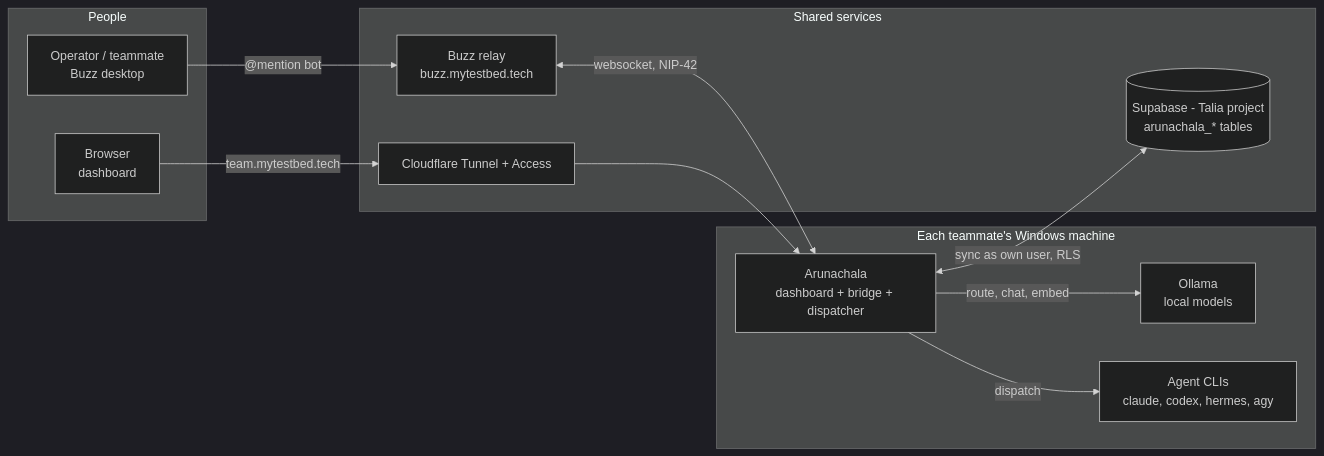
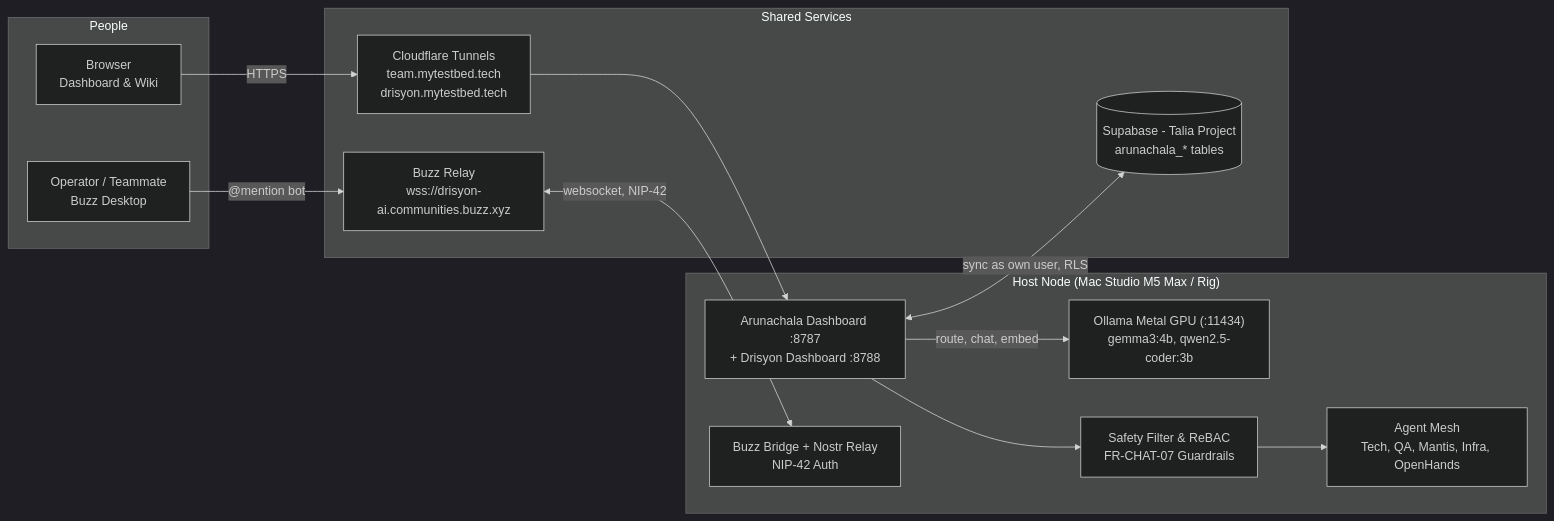
One commit to tnmurthy/fuzzy-octo-eureka changed the first of 8 diagrams in docs/HLD.md. Above: the diagram before and after it, drawn with Mermaid (dark theme). The commit also changed other lines of this file and 10 other files, not shown here.

Commit message:
feat: implement local TASKS fallback, ReBAC security expansion, risky dispatch safety filter, and doc reconciliation

````diff
--- a/docs/HLD.md
+++ b/docs/HLD.md
@@ -17,26 +17,28 @@
 ```mermaid
 flowchart LR
     subgraph People
-        OP["Operator / teammate<br/>Buzz desktop"]
-        BR["Browser<br/>dashboard"]
+        OP["Operator / Teammate<br/>Buzz Desktop"]
+        BR["Browser<br/>Dashboard & Wiki"]
     end
 
-    subgraph Laptop["Each teammate's Windows machine"]
-        ARU["Arunachala<br/>dashboard + bridge + dispatcher"]
-        LLM["Ollama<br/>local models"]
-        AG["Agent CLIs<br/>claude, codex, hermes, agy"]
+    subgraph Host["Host Node (Mac Studio M5 Max / Rig)"]
+        ARU["Arunachala Dashboard :8787<br/>+ Drisyon Dashboard :8788"]
+        BRG["Buzz Bridge + Nostr Relay<br/>NIP-42 Auth"]
+        LLM["Ollama Metal GPU (:11434)<br/>gemma3:4b, qwen2.5-coder:3b"]
+        AG["Agent Mesh<br/>Tech, QA, Mantis, Infra, OpenHands"]
+        SAFE["Safety Filter & ReBAC<br/>FR-CHAT-07 Guardrails"]
     end
 
-    subgraph Shared["Shared services"]
-        BUZZ["Buzz relay<br/>buzz.mytestbed.tech"]
-        SB[("Supabase - Talia project<br/>arunachala_* tables")]
-        CF["Cloudflare Tunnel + Access"]
+    subgraph Shared["Shared Services"]
+        BUZZ["Buzz Relay<br/>wss://drisyon-ai.communities.buzz.xyz"]
+        SB[("Supabase - Talia Project<br/>arunachala_* tables")]
+        CF["Cloudflare Tunnels<br/>team.mytestbed.tech<br/>drisyon.mytestbed.tech"]
     end
 
     OP -- "@mention bot" --> BUZZ
-    BUZZ <-- "websocket, NIP-42" --> ARU
-    BR -- "team.mytestbed.tech" --> CF --> ARU
+    BUZZ <-- "websocket, NIP-42" --> BRG
+    BR -- "HTTPS" --> CF --> ARU
+    ARU --> SAFE --> AG
     ARU -- "route, chat, embed" --> LLM
-    ARU -- "dispatch" --> AG
     ARU <-- "sync as own user, RLS" --> SB
 ```
````
